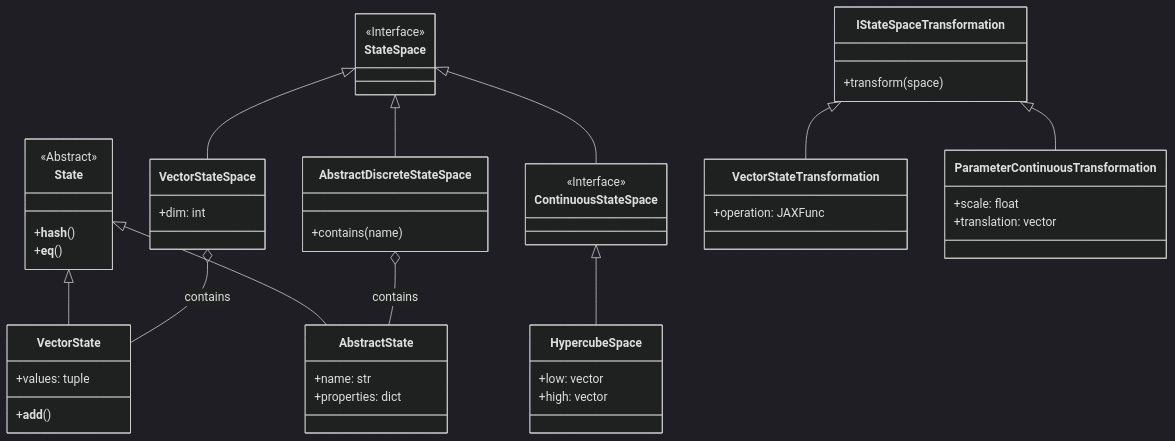
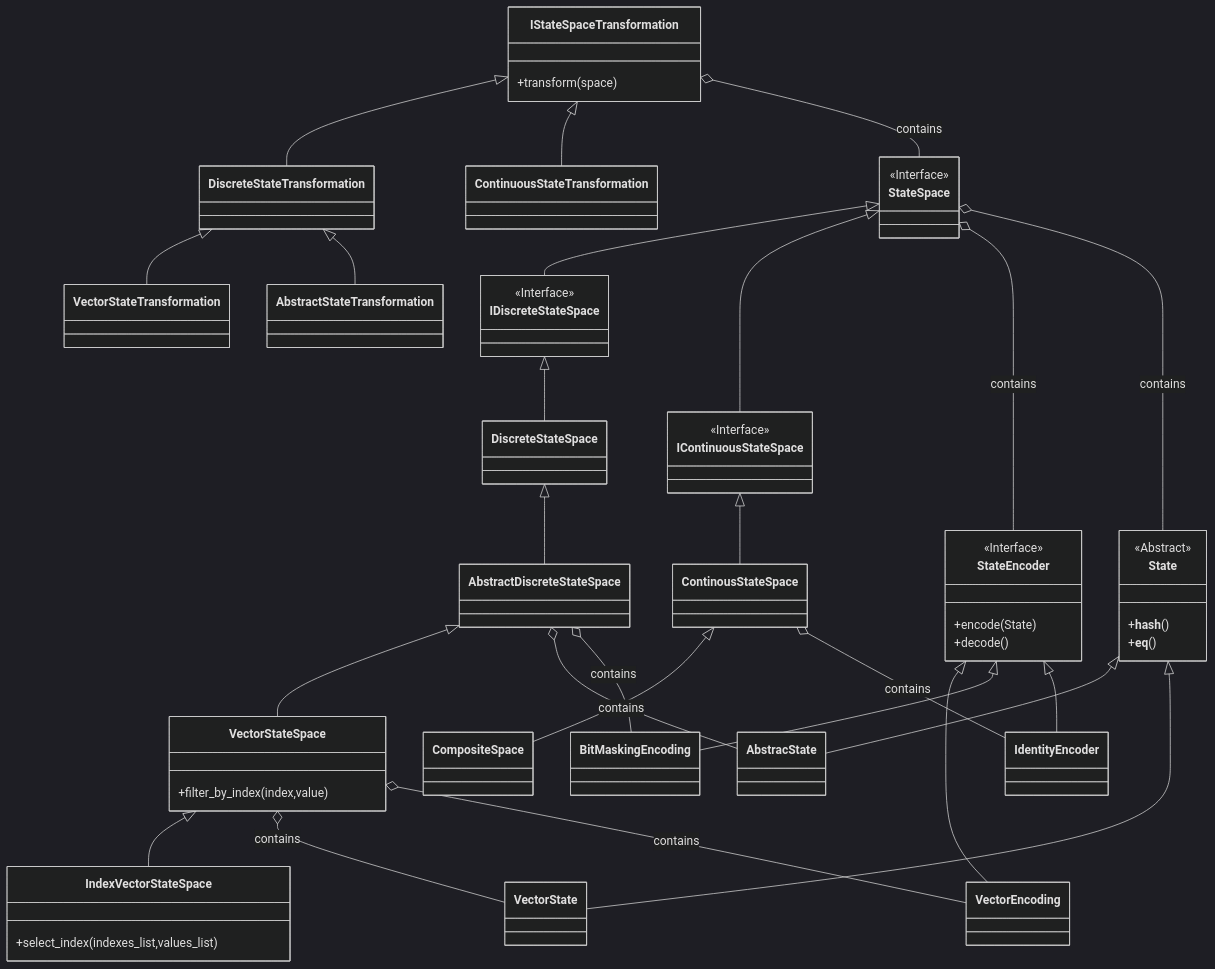
One commit to ckCrimson/Field_Dynamic_System changed the diagram in docs/core/state/core_state_doc.md. Above: the diagram before and after it, drawn with Mermaid (dark theme).

Commit message:
State Module UML diagram Update

````diff
--- a/docs/core/state/core_state_doc.md
+++ b/docs/core/state/core_state_doc.md
@@ -136,56 +136,101 @@
         +__hash__()
         +__eq__()
     }
-    class VectorState {
-        +values: tuple
-        +__add__()
+    class VectorState{
+
     }
-    class AbstractState {
-        +name: str
-        +properties: dict
+    class AbstracState{
+
+    }
+    class VectorEncoding{
+
+    }
+    class BitMaskingEncoding{
+
+    }
+    class IdentityEncoder{
+
     }
 
+    class DiscreteStateTransformation{
+
+    }
+    class ContinuousStateTransformation{
+
+    }
+
+
+
+
+    
     %% File: discrete.py
     class StateSpace { <<Interface>> }
-    class VectorStateSpace {
-        +dim: int
+    class IContinuousStateSpace { <<Interface>> }
+    class IDiscreteStateSpace { <<Interface>> }
+    class DiscreteStateSpace{}
+    class AbstractDiscreteStateSpace{}
+    class VectorStateSpace{ 
+        +filter_by_index(index,value)
     }
-    class AbstractDiscreteStateSpace {
-        +contains(name)
+    class IndexVectorStateSpace{
+        +select_index(indexes_list,values_list)
+
     }
+    class ContinousStateSpace{}
+    class CompositeSpace{}
 
-    %% File: continous.py
-    class ContinuousStateSpace { <<Interface>> }
-    class HypercubeSpace {
-        +low: vector
-        +high: vector
-    }
+    class StateEncoder { <<Interface>> 
+        +encode(State)
+        +decode()
+     }
+
 
     %% File: transformation.py
     class IStateSpaceTransformation {
         +transform(space)
     }
-    class VectorStateTransformation {
-        +operation: JAXFunc
+    
+    class VectorStateTransformation{
+
     }
-    class ParameterContinuousTransformation {
-        +scale: float
-        +translation: vector
+    class AbstractStateTransformation{
+
     }
 
-    %% Relationships
-    State <|-- VectorState
-    State <|-- AbstractState
 
-    StateSpace <|-- VectorStateSpace
-    StateSpace <|-- AbstractDiscreteStateSpace
-    StateSpace <|-- ContinuousStateSpace
+    State <| -- AbstracState
+    State <| -- VectorState
 
-    ContinuousStateSpace <|-- HypercubeSpace
+    StateSpace <| -- IDiscreteStateSpace
+    StateSpace <|-- IContinuousStateSpace
 
-    IStateSpaceTransformation <|-- VectorStateTransformation
-    IStateSpaceTransformation <|-- ParameterContinuousTransformation
+    IDiscreteStateSpace <| -- DiscreteStateSpace
+    DiscreteStateSpace <| -- AbstractDiscreteStateSpace
+    AbstractDiscreteStateSpace <| -- VectorStateSpace
+    VectorStateSpace <|-- IndexVectorStateSpace
+    IContinuousStateSpace <|-- ContinousStateSpace
+    ContinousStateSpace <|-- CompositeSpace
 
-    VectorStateSpace o-- VectorState : contains
-    AbstractDiscreteStateSpace o-- AbstractState : contains
+    StateEncoder <|-- VectorEncoding
+    StateEncoder <|-- BitMaskingEncoding
+    StateEncoder <|-- IdentityEncoder
+
+    IStateSpaceTransformation <|-- DiscreteStateTransformation
+    IStateSpaceTransformation <| -- ContinuousStateTransformation
+    DiscreteStateTransformation <| -- VectorStateTransformation
+    DiscreteStateTransformation <| -- AbstractStateTransformation
+
+    AbstractDiscreteStateSpace o-- AbstracState :contains
+    VectorStateSpace o-- VectorState: contains
+    VectorStateSpace o-- VectorEncoding: contains
+    AbstractDiscreteStateSpace o-- BitMaskingEncoding: contains
+    ContinousStateSpace o-- IdentityEncoder:contains
+    
+
+
+    StateSpace o-- StateEncoder :contains
+
+    IStateSpaceTransformation o-- StateSpace : contains
+
+    StateSpace o-- State : contains
 ```
````
